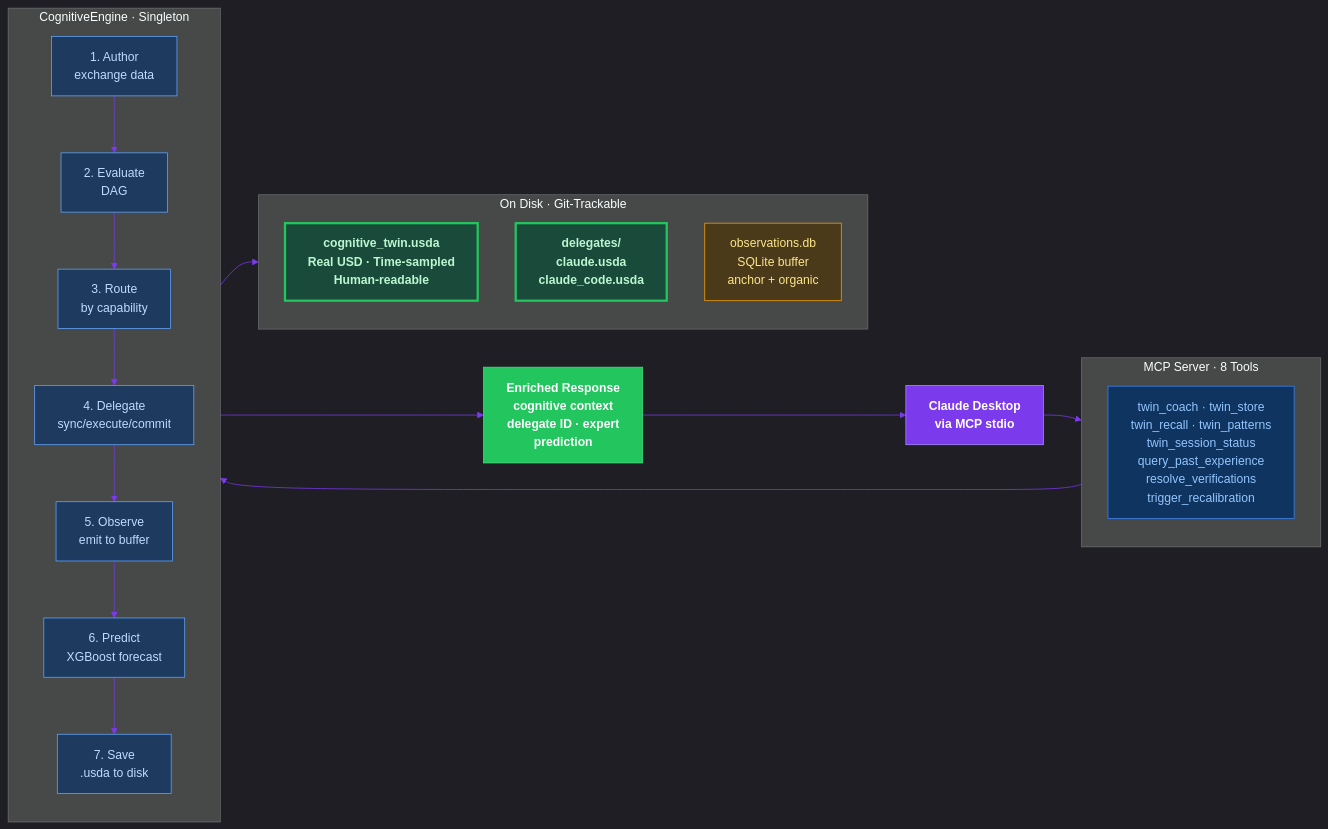
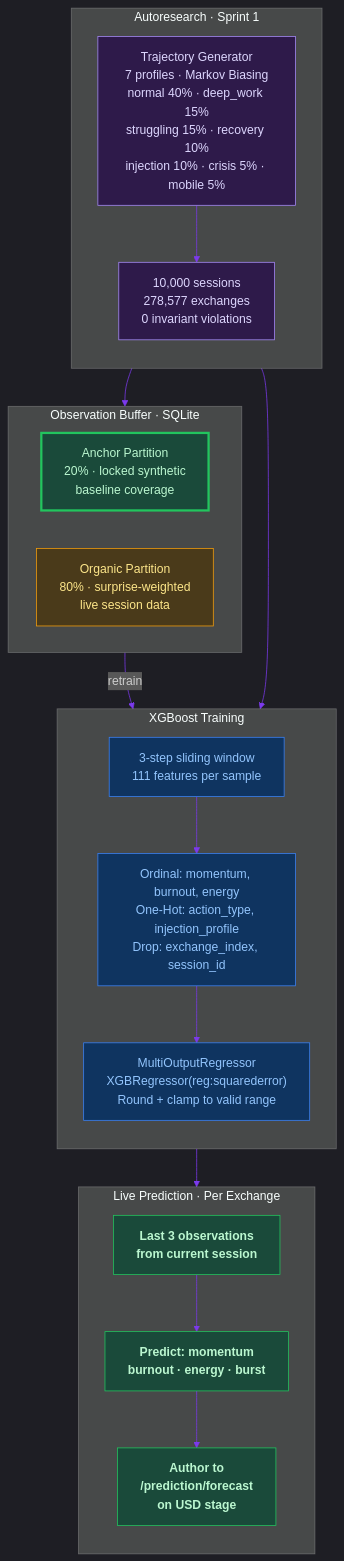
One commit to JosephOIbrahim/Harlo changed the fifth of 5 diagrams in README.md. Above: the diagram before and after it, drawn with Mermaid. The commit also changed other lines of this file, not shown here.

First line of the commit message:
docs: README with architecture diagrams

````diff
--- a/README.md
+++ b/README.md
@@ -767,44 +246,43 @@
 ```mermaid
 %%{init: {'theme': 'dark', 'themeVariables': {'primaryColor': '#1a1a2e', 'primaryTextColor': '#e0e0e0', 'primaryBorderColor': '#7c3aed', 'lineColor': '#7c3aed'}}}%%
-graph LR
-    CLAUDE["Claude Desktop\nvia MCP stdio"]:::input
-
-    subgraph MCP_SERVER["MCP Server · 8 Tools"]
+graph TB
+    subgraph SYNTHETIC["Autoresearch · Sprint 1"]
         direction TB
-        TOOLS["twin_coach · twin_store\ntwin_recall · twin_patterns\ntwin_session_status\nquery_past_experience\nresolve_verifications\ntrigger_recalibration"]:::tools
+        GEN["Trajectory Generator\n7 profiles · Markov Biasing\nnormal 40% · deep_work 15%\nstruggling 15% · recovery 10%\ninjection 10% · crisis 5% · mobile 5%"]:::gen
+        TRAJ["10,000 sessions\n278,577 exchanges\n0 invariant violations"]:::gen
+        GEN --> TRAJ
     end
 
-    subgraph COGNITIVE_ENGINE["CognitiveEngine · Singleton"]
-        direction TB
-        AUTHOR["1. Author\nexchange data"]:::step
-        EVAL["2. Evaluate\nDAG"]:::step
-        ROUTING["3. Route\nby capability"]:::step
-        DELEGATE["4. Delegate\nsync/execute/commit"]:::step
-        OBS["5. Observe\nemit to buffer"]:::step
-        PRED["6. Predict\nXGBoost forecast"]:::step
-        SAVE["7. Save\n.usda to disk"]:::step
-        AUTHOR --> EVAL --> ROUTING --> DELEGATE --> OBS --> PRED --> SAVE
+    subgraph BUFFER["Observation Buffer · SQLite"]
+        direction LR
+        ANCHOR["Anchor Partition\n20% · locked synthetic\nbaseline coverage"]:::anchor
+        ORGANIC["Organic Partition\n80% · surprise-weighted\nlive session data"]:::organic
     end
 
-    subgraph PERSISTENCE["On Disk · Git-Trackable"]
+    subgraph TRAINING["XGBoost Training"]
         direction TB
-        USDA["cognitive_twin.usda\nReal USD · Time-sampled\nHuman-readable"]:::usda
-        SUBS["delegates/\nclaude.usda\nclaude_code.usda"]:::usda
-        OBSDB["observations.db\nSQLite buffer\nanchor + organic"]:::db
+        WINDOW["3-step sliding window\n111 features per sample"]:::train
+        ENCODE["Ordinal: momentum, burnout, energy\nOne-Hot: action_type, injection_profile\nDrop: exchange_index, session_id"]:::train
+        MODEL["MultiOutputRegressor\nXGBRegressor(reg:squarederror)\nRound + clamp to valid range"]:::train
+        WINDOW --> ENCODE --> MODEL
     end
 
-    RESPONSE["Enriched Response\ncognitive context\ndelegate ID · expert\nprediction"]:::output
+    subgraph LIVE["Live Prediction · Per Exchange"]
+        direction TB
+        OBS_WIN["Last 3 observations\nfrom current session"]:::live
+        PRED["Predict: momentum\nburnout · energy · burst"]:::live
+        AUTHOR["Author to\n/prediction/forecast\non USD stage"]:::live
+        OBS_WIN --> PRED --> AUTHOR
+    end
 
-    CLAUDE --> MCP_SERVER
-    MCP_SERVER --> COGNITIVE_ENGINE
-    COGNITIVE_ENGINE --> PERSISTENCE
-    COGNITIVE_ENGINE --> RESPONSE
-    RESPONSE --> CLAUDE
+    TRAJ --> ANCHOR
+    TRAJ --> TRAINING
+    ORGANIC -->|"retrain"| TRAINING
+    MODEL --> LIVE
 
-    classDef input fill:#7c3aed,stroke:#a78bfa,color:#fff,font-weight:bold
-    classDef tools fill:#0f3460,stroke:#3b82f6,color:#93c5fd
-    classDef step fill:#1e3a5f,stroke:#60a5fa,color:#bfdbfe
-    classDef usda fill:#1a4a3a,stroke:#22c55e,color:#bbf7d0,font-weight:bold,stroke-width:3px
-    classDef db fill:#4a3a1a,stroke:#f59e0b,color:#fde68a
-    classDef output fill:#22c55e,stroke:#4ade80,color:#fff,font-weight:bold
+    classDef gen fill:#2e1a4a,stroke:#a78bfa,color:#ddd6fe
+    classDef anchor fill:#1a4a3a,stroke:#22c55e,color:#bbf7d0,stroke-width:3px
+    classDef organic fill:#4a3a1a,stroke:#f59e0b,color:#fde68a
+    classDef train fill:#0f3460,stroke:#3b82f6,color:#93c5fd
+    classDef live fill:#1a4a3a,stroke:#22c55e,color:#bbf7d0,font-weight:bold
 ```
````
